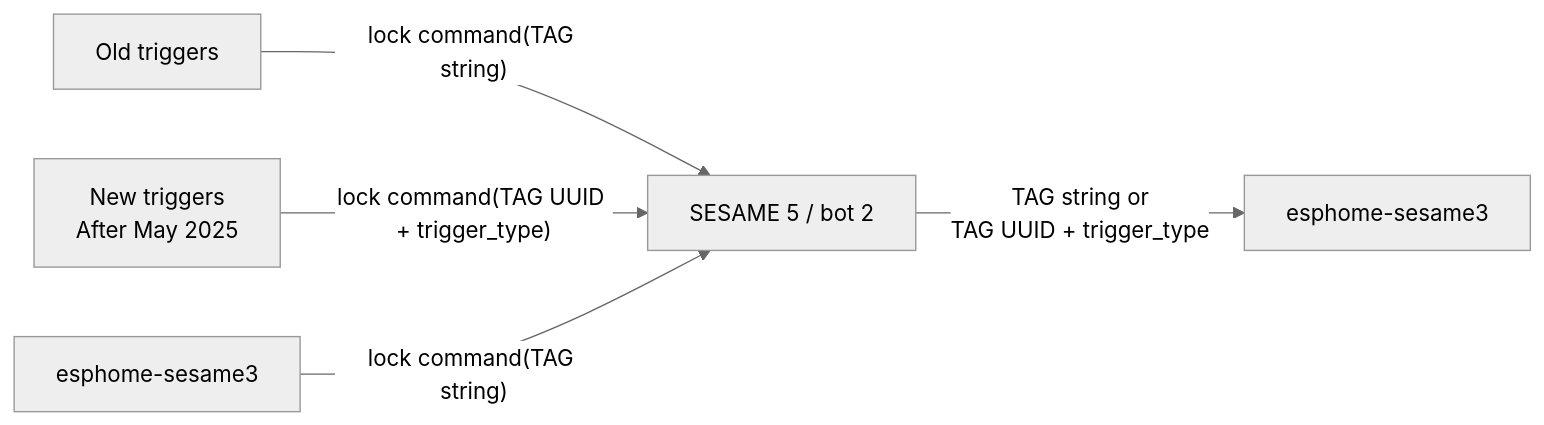
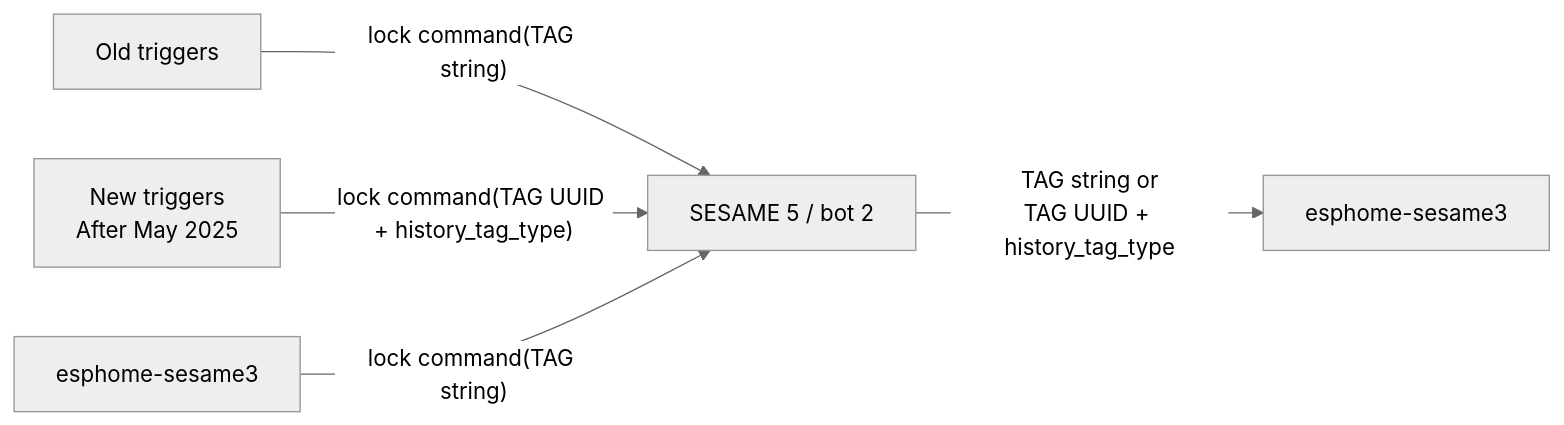
Before and after one commit to homy-newfs8/esphome-sesame3: the diagram in docs/README.md, drawn with Mermaid (neutral theme). The commit also changed other lines of this file and 6 other files, not shown here.

Commit message:
- Add `history_scaled_voltage` and `history_battery_pct` to `lock:` object.

````diff
--- a/docs/README.md
+++ b/docs/README.md
@@ -392,13 +396,13 @@
 ```mermaid
 graph LR
 
 lock[SESAME 5 / bot 2]
 
 t[Old triggers] -->|"lock command(TAG string)"| lock
-n[New triggers<br/>After May 2025] -->|"lock command(TAG UUID + trigger_type)"| lock
+n[New triggers<br/>After May 2025] -->|"lock command(TAG UUID + history_tag_type)"| lock
 r[esphome-sesame3] -->|"lock command(TAG string)"| lock
 
 esphome[esphome-sesame3]
 
-lock -->|TAG string or<br/>TAG UUID + trigger_type| esphome
+lock -->|TAG string or<br/>TAG UUID + history_tag_type| esphome
 ```
````
